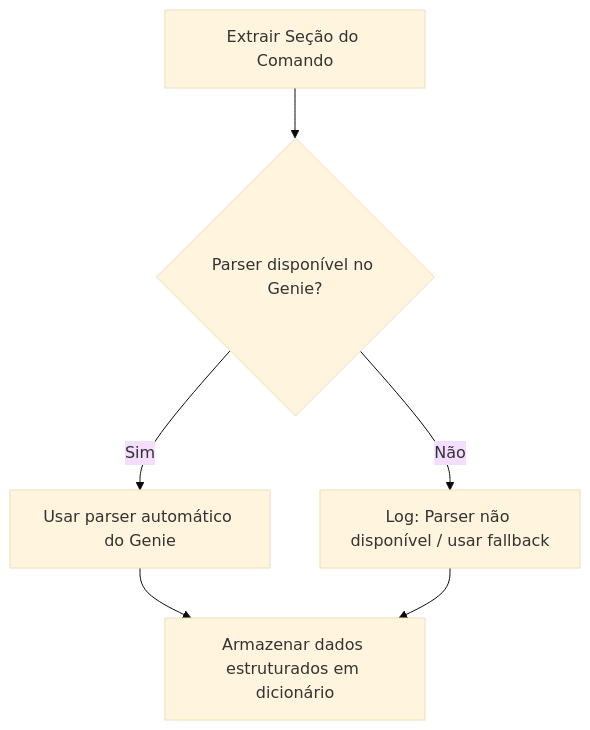
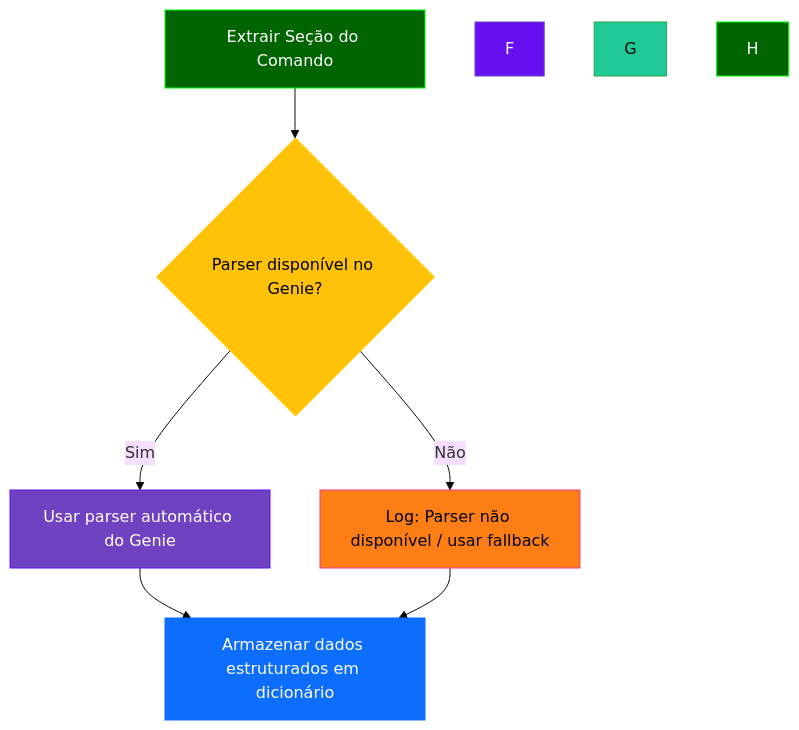
The sixth of 6 diagrams in CCNP 350-401 ENCOR/06 - Automation/20- Python - 14 - Parsing  Automatico - II/README.md (alcancil/Cisco), drawn with Mermaid (base theme) before and after one commit.

Commit message:
Adicionado a pasta 20- Python - 14 - Parsing  Automatico - II

````diff
--- a/CCNP 350-401 ENCOR/06 - Automation/20- Python - 14 - Parsing  Automatico - II/README.md
+++ b/CCNP 350-401 ENCOR/06 - Automation/20- Python - 14 - Parsing  Automatico - II/README.md
@@ -1993,8 +1993,17 @@
 ```mermaid
 graph TD
     A[Extrair Seção do Comando] --> B{Parser disponível no Genie?}
     B -- Sim --> C[Usar parser automático do Genie]
     B -- Não --> D[Log: Parser não disponível / usar fallback]
     C --> E[Armazenar dados estruturados em dicionário]
     D --> E
+
+style A fill:#006400,stroke:#00ff00,color:#ffffff
+style B fill:#ffc107,stroke:#ffcc00,color:#000000
+style C fill:#6f42c1,stroke:#6610f2,color:#ffffff
+style D fill:#fd7e14,stroke:#e83e8c,color:#000000
+style E fill:#0d6efd,stroke:#0d6efd,color:#ffffff
+style F fill:#6610f2,stroke:#6f42c1,color:#ffffff
+style G fill:#20c997,stroke:#28a745,color:#000000
+style H fill:#006400,stroke:#00ff00,color:#ffffff
 ```
````
